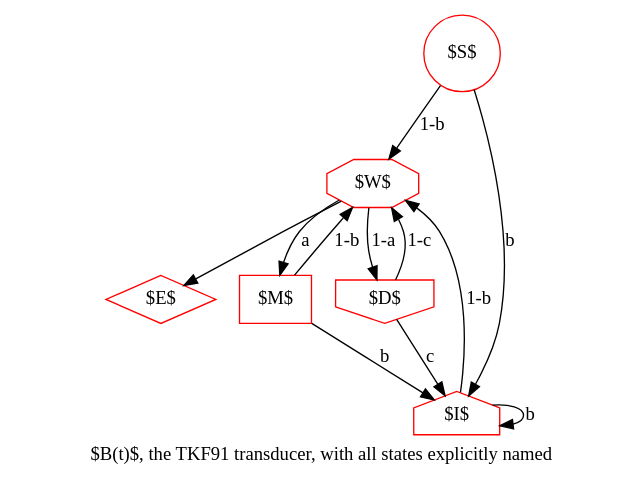
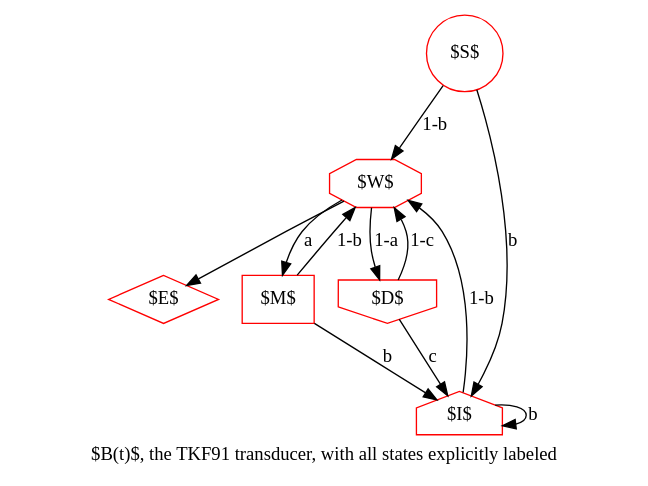
The diagram in tkf91-labeled.dot (ihh/transducer-tutorial), drawn with Graphviz before and after one commit. The commit also changed 3 other files, not shown here.

Commit message:
Minor stuff (removed clusters from liv.dot; changed 'named' -> 'labeled')

```diff
--- a/tkf91-labeled.dot
+++ b/tkf91-labeled.dot
@@ -1,29 +1,29 @@
 digraph G {
 
     S [label="$S$", shape=circle, color=red];
     E [label="$E$", shape=diamond, color=red];
 
     W [label="$W$", shape=octagon, color=red];
 
     I [label="$I$", shape=house, color=red];
     M [label="$M$", shape=rect, color=red];
     D [label="$D$", shape=invhouse, color=red];
 
 S->I [label=b];
 S->W [label="1-b"];
 
 M->I [label=b];
 M->W [label="1-b"];
 
 D->I [label=c];
 D->W [label="1-c"];
 
 I->I [label=b];
 I->W [label="1-b"];
 
 W->E;
 W->M [label=a];
 W->D [label="1-a"];
 
-    label="$B(t)$, the TKF91 transducer, with all states explicitly named";
+    label="$B(t)$, the TKF91 transducer, with all states explicitly labeled";
 }
```
